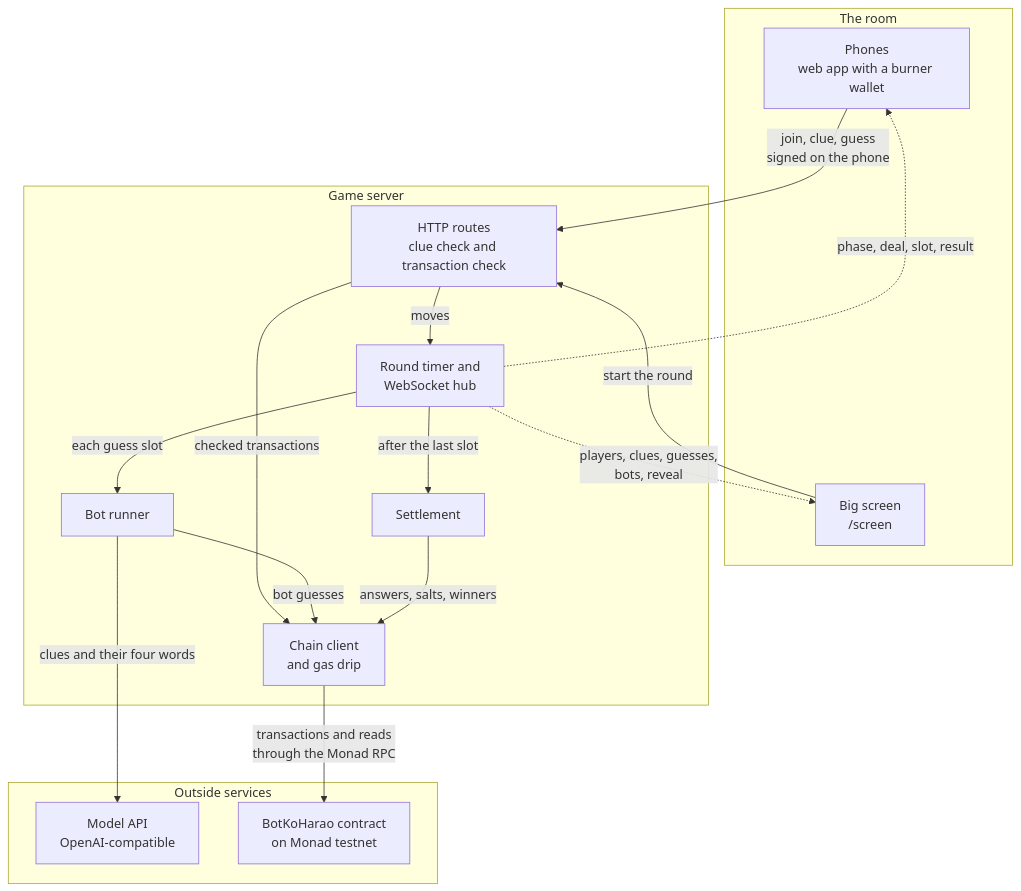
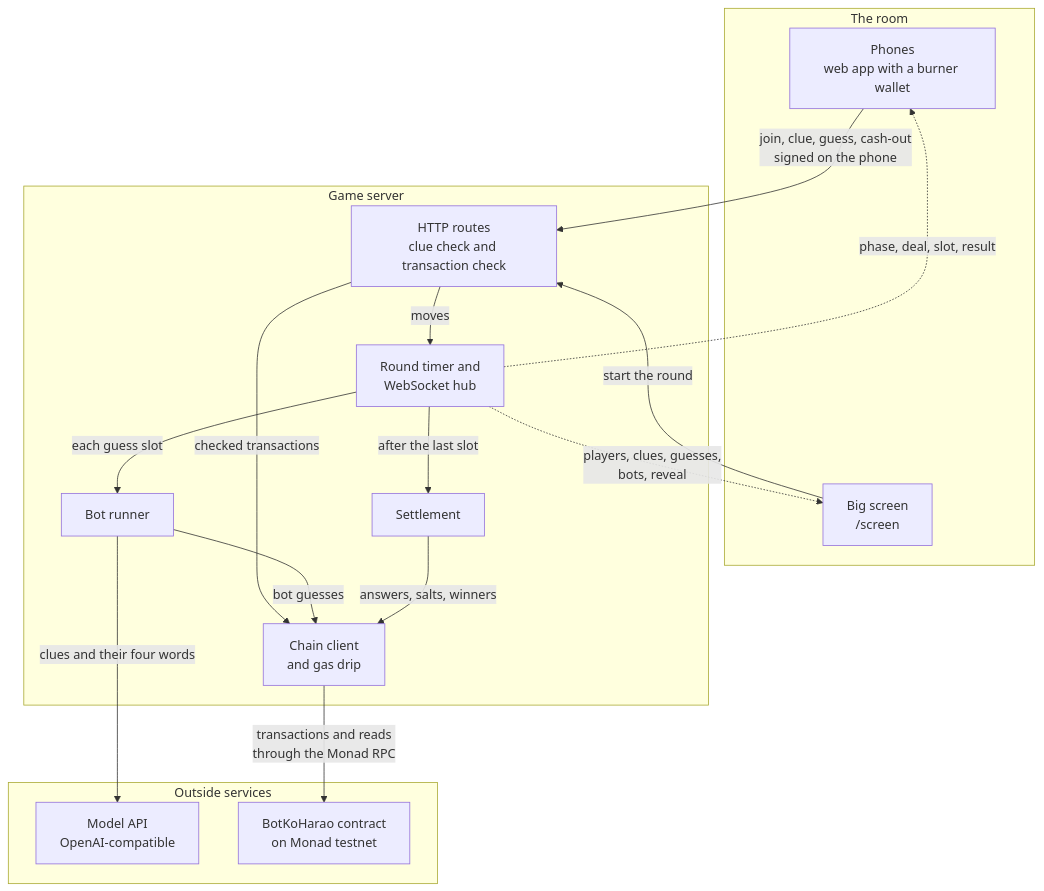
Before and after one commit to Aditya-Patil27/bot-ko-harao: the third of 7 diagrams in README.md, drawn with Mermaid. The commit also changed other lines of this file, not shown here.

First line of the commit message:
README: cash-out to your own wallet, with its two routes, its pipeline and its gaps

````diff
--- a/README.md
+++ b/README.md
@@ -94,30 +96,30 @@
 ```mermaid
 flowchart TB
     subgraph ROOM["The room"]
         PH["Phones<br/>web app with a burner wallet"]
         SC["Big screen<br/>/screen"]
     end
     subgraph SRV["Game server"]
         API["HTTP routes<br/>clue check and transaction check"]
         GAME["Round timer and<br/>WebSocket hub"]
         BOTS["Bot runner"]
         SET["Settlement"]
         CH["Chain client<br/>and gas drip"]
     end
     subgraph OUT["Outside services"]
         LLM["Model API<br/>OpenAI-compatible"]
         CON["BotKoHarao contract<br/>on Monad testnet"]
     end
-    PH -- "join, clue, guess<br/>signed on the phone" --> API
+    PH -- "join, clue, guess, cash-out<br/>signed on the phone" --> API
     SC -- "start the round" --> API
     GAME -. "phase, deal, slot, result" .-> PH
     GAME -. "players, clues, guesses,<br/>bots, reveal" .-> SC
     API -- "moves" --> GAME
     API -- "checked transactions" --> CH
     GAME -- "each guess slot" --> BOTS
     GAME -- "after the last slot" --> SET
     BOTS -- "clues and their four words" --> LLM
     BOTS -- "bot guesses" --> CH
     SET -- "answers, salts, winners" --> CH
     CH -- "transactions and reads<br/>through the Monad RPC" --> CON
 ```
````
